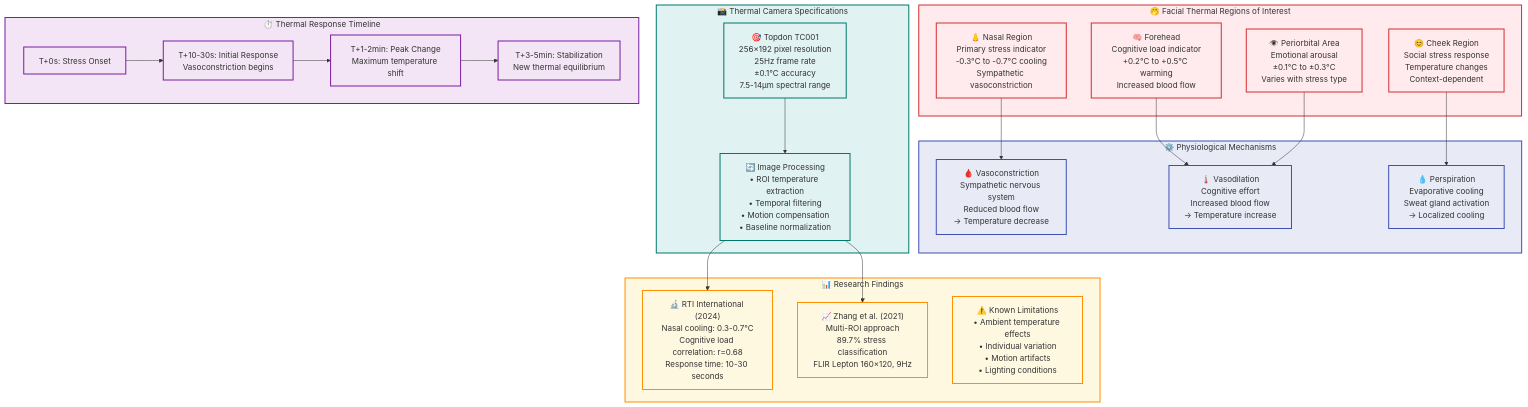
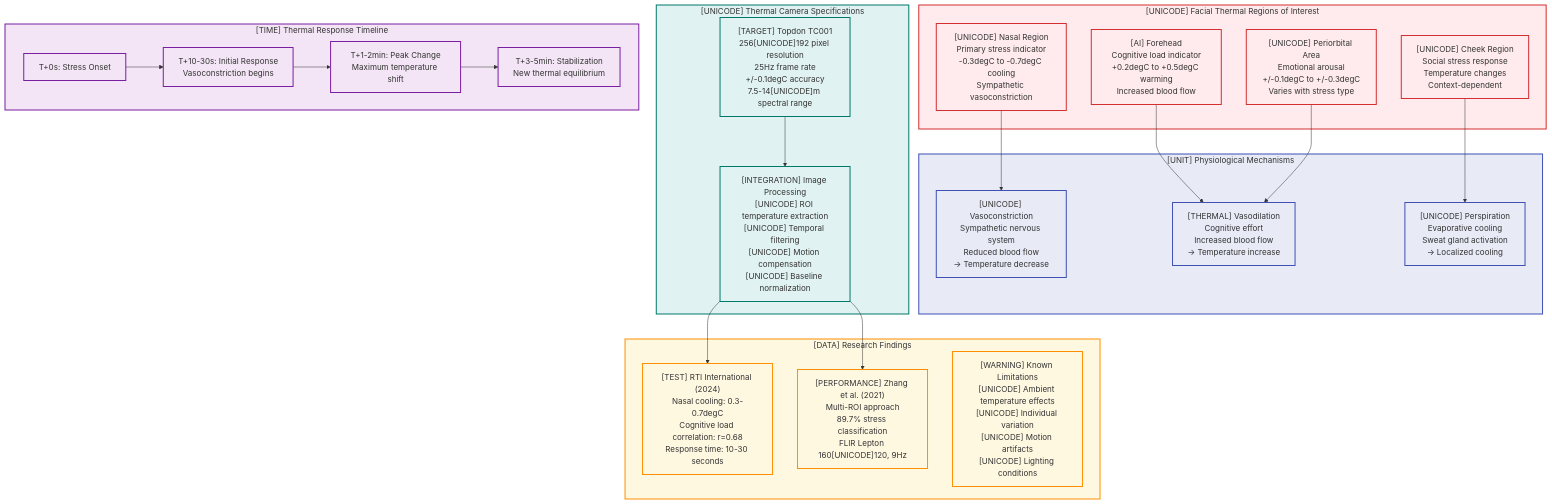
Before and after one commit to uclgsr/hellobellohellobello: the second of 2 diagrams in docs/diagrams/thesis_visualizations/chapter2_background/physiology_and_thermal.md, drawn with Mermaid. The commit also changed other lines of this file and 12 other files, not shown here.

````diff
--- a/docs/diagrams/thesis_visualizations/chapter2_background/physiology_and_thermal.md
+++ b/docs/diagrams/thesis_visualizations/chapter2_background/physiology_and_thermal.md
@@ -86,71 +86,71 @@
 ```mermaid
 flowchart TD
     %% Face diagram with ROIs
-    subgraph FACE["🤭 Facial Thermal Regions of Interest"]
-        NOSE["👃 Nasal Region<br/>Primary stress indicator<br/>-0.3°C to -0.7°C cooling<br/>Sympathetic vasoconstriction"]
+    subgraph FACE["[UNICODE] Facial Thermal Regions of Interest"]
+        NOSE["[UNICODE] Nasal Region<br/>Primary stress indicator<br/>-0.3degC to -0.7degC cooling<br/>Sympathetic vasoconstriction"]
         
-        FOREHEAD["🧠 Forehead<br/>Cognitive load indicator<br/>+0.2°C to +0.5°C warming<br/>Increased blood flow"]
+        FOREHEAD["[AI] Forehead<br/>Cognitive load indicator<br/>+0.2degC to +0.5degC warming<br/>Increased blood flow"]
         
-        PERIORBITAL["👁️ Periorbital Area<br/>Emotional arousal<br/>±0.1°C to ±0.3°C<br/>Varies with stress type"]
+        PERIORBITAL["[UNICODE] Periorbital Area<br/>Emotional arousal<br/>+/-0.1degC to +/-0.3degC<br/>Varies with stress type"]
         
-        CHEEKS["😊 Cheek Region<br/>Social stress response<br/>Temperature changes<br/>Context-dependent"]
+        CHEEKS["[UNICODE] Cheek Region<br/>Social stress response<br/>Temperature changes<br/>Context-dependent"]
     end
     
     %% Physiological mechanisms
-    subgraph MECHANISMS["⚙️ Physiological Mechanisms"]
-        VASOCONSTRICTION["🩸 Vasoconstriction<br/>Sympathetic nervous system<br/>Reduced blood flow<br/>→ Temperature decrease"]
+    subgraph MECHANISMS["[UNIT] Physiological Mechanisms"]
+        VASOCONSTRICTION["[UNICODE] Vasoconstriction<br/>Sympathetic nervous system<br/>Reduced blood flow<br/>-> Temperature decrease"]
         
-        VASODILATION["🌡️ Vasodilation<br/>Cognitive effort<br/>Increased blood flow<br/>→ Temperature increase"]
+        VASODILATION["[THERMAL] Vasodilation<br/>Cognitive effort<br/>Increased blood flow<br/>-> Temperature increase"]
         
-        PERSPIRATION["💧 Perspiration<br/>Evaporative cooling<br/>Sweat gland activation<br/>→ Localized cooling"]
+        PERSPIRATION["[UNICODE] Perspiration<br/>Evaporative cooling<br/>Sweat gland activation<br/>-> Localized cooling"]
     end
     
     %% Measurement specifications
-    subgraph THERMAL_SPECS["📸 Thermal Camera Specifications"]
-        CAMERA["🎯 Topdon TC001<br/>256×192 pixel resolution<br/>25Hz frame rate<br/>±0.1°C accuracy<br/>7.5-14μm spectral range"]
+    subgraph THERMAL_SPECS["[UNICODE] Thermal Camera Specifications"]
+        CAMERA["[TARGET] Topdon TC001<br/>256[UNICODE]192 pixel resolution<br/>25Hz frame rate<br/>+/-0.1degC accuracy<br/>7.5-14[UNICODE]m spectral range"]
         
-        PROCESSING["🔄 Image Processing<br/>• ROI temperature extraction<br/>• Temporal filtering<br/>• Motion compensation<br/>• Baseline normalization"]
+        PROCESSING["[INTEGRATION] Image Processing<br/>[UNICODE] ROI temperature extraction<br/>[UNICODE] Temporal filtering<br/>[UNICODE] Motion compensation<br/>[UNICODE] Baseline normalization"]
     end
     
     %% Research findings
-    subgraph FINDINGS["📊 Research Findings"]
-        RTI_STUDY["🔬 RTI International (2024)<br/>Nasal cooling: 0.3-0.7°C<br/>Cognitive load correlation: r=0.68<br/>Response time: 10-30 seconds"]
+    subgraph FINDINGS["[DATA] Research Findings"]
+        RTI_STUDY["[TEST] RTI International (2024)<br/>Nasal cooling: 0.3-0.7degC<br/>Cognitive load correlation: r=0.68<br/>Response time: 10-30 seconds"]
         
-        ZHANG_STUDY["📈 Zhang et al. (2021)<br/>Multi-ROI approach<br/>89.7% stress classification<br/>FLIR Lepton 160×120, 9Hz"]
+        ZHANG_STUDY["[PERFORMANCE] Zhang et al. (2021)<br/>Multi-ROI approach<br/>89.7% stress classification<br/>FLIR Lepton 160[UNICODE]120, 9Hz"]
         
-        LIMITATIONS["⚠️ Known Limitations<br/>• Ambient temperature effects<br/>• Individual variation<br/>• Motion artifacts<br/>• Lighting conditions"]
+        LIMITATIONS["[WARNING] Known Limitations<br/>[UNICODE] Ambient temperature effects<br/>[UNICODE] Individual variation<br/>[UNICODE] Motion artifacts<br/>[UNICODE] Lighting conditions"]
     end
     
     %% Connections
     NOSE --> VASOCONSTRICTION
     FOREHEAD --> VASODILATION
     PERIORBITAL --> VASODILATION
     CHEEKS --> PERSPIRATION
     
     CAMERA --> PROCESSING
     PROCESSING --> RTI_STUDY
     PROCESSING --> ZHANG_STUDY
     
     %% Thermal response timeline
-    subgraph THERMAL_TIMELINE["⏱️ Thermal Response Timeline"]
+    subgraph THERMAL_TIMELINE["[TIME] Thermal Response Timeline"]
         TT0["T+0s: Stress Onset"]
         TT1["T+10-30s: Initial Response<br/>Vasoconstriction begins"]
         TT2["T+1-2min: Peak Change<br/>Maximum temperature shift"]
         TT3["T+3-5min: Stabilization<br/>New thermal equilibrium"]
     end
     
     TT0 --> TT1 --> TT2 --> TT3
     
     %% Styling
     classDef faceStyle fill:#ffebee,stroke:#d32f2f,stroke-width:2px
     classDef mechStyle fill:#e8eaf6,stroke:#3f51b5,stroke-width:2px
     classDef specStyle fill:#e0f2f1,stroke:#00796b,stroke-width:2px
     classDef findingStyle fill:#fff8e1,stroke:#ff8f00,stroke-width:2px
     classDef timeStyle fill:#f3e5f5,stroke:#7b1fa2,stroke-width:2px
     
     class FACE,NOSE,FOREHEAD,PERIORBITAL,CHEEKS faceStyle
     class MECHANISMS,VASOCONSTRICTION,VASODILATION,PERSPIRATION mechStyle
     class THERMAL_SPECS,CAMERA,PROCESSING specStyle
     class FINDINGS,RTI_STUDY,ZHANG_STUDY,LIMITATIONS findingStyle
     class THERMAL_TIMELINE,TT0,TT1,TT2,TT3 timeStyle
 ```
````
